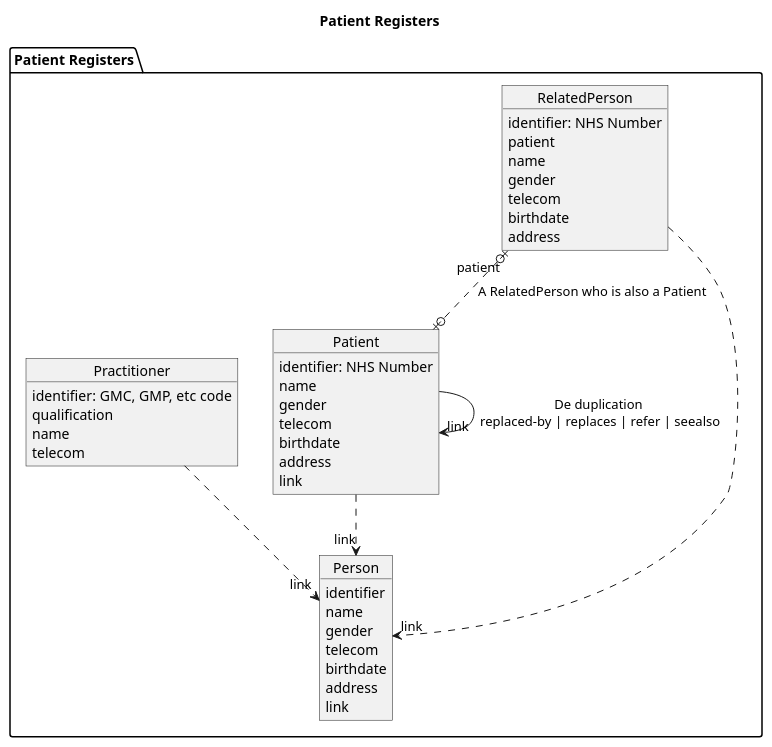
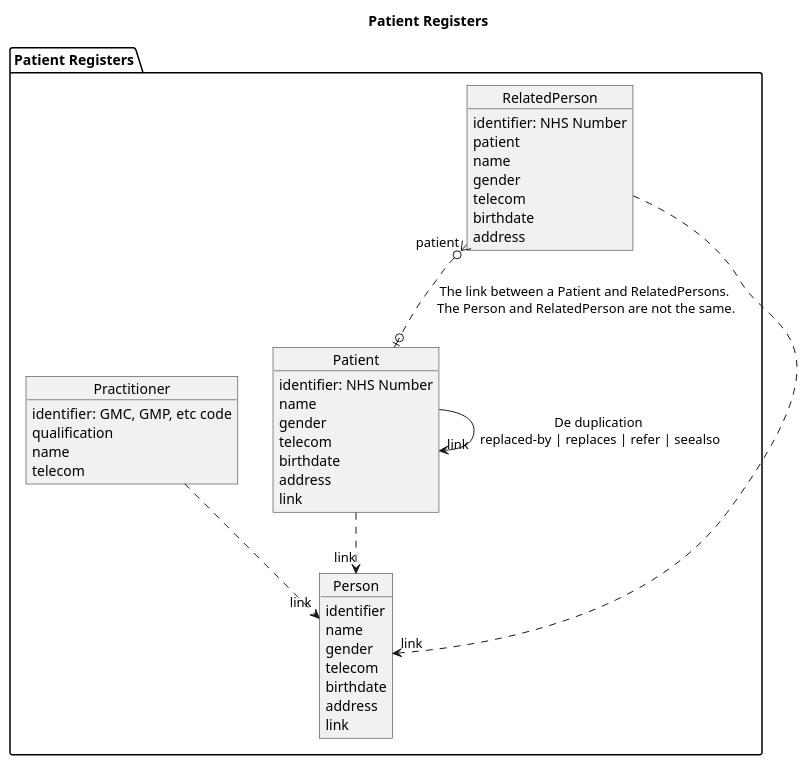
The diagram in input/images-source/administration-module-patient-registers.plantuml (NHSDigital/interoperability-standards-documentation), drawn with PlantUML before and after one commit. The commit also changed 347 other files, not shown here.

```diff
--- a/input/images-source/administration-module-patient-registers.plantuml
+++ b/input/images-source/administration-module-patient-registers.plantuml
@@ -1,49 +1,49 @@
 @startuml
 
 
 title Patient Registers
 
 
 package PatientRegisters as "Patient Registers" {
   object Patient {
     identifier: NHS Number
     name
     gender
     telecom
     birthdate
     address
     link
   }
   object RelatedPerson  {
   identifier: NHS Number
     patient
     name
     gender
     telecom
     birthdate
     address
   }
   object Practitioner  {
     identifier: GMC, GMP, etc code
     qualification
     name
     telecom
   }
   object Person {
     identifier
     name
     gender
     telecom
     birthdate
     address
     link
   }
 
   Patient ..> "link" Person
-  RelatedPerson "patient" |o..o| Patient: A RelatedPerson who is also a Patient
+  RelatedPerson "patient" }o..o| Patient: The link between a Patient and RelatedPersons. \nThe Person and RelatedPerson are not the same.
    Patient --> "link" Patient : De duplication \nreplaced-by | replaces | refer | seealso
   RelatedPerson ..> "link" Person
   Practitioner ..> "link" Person
 }
 
 @enduml
```
